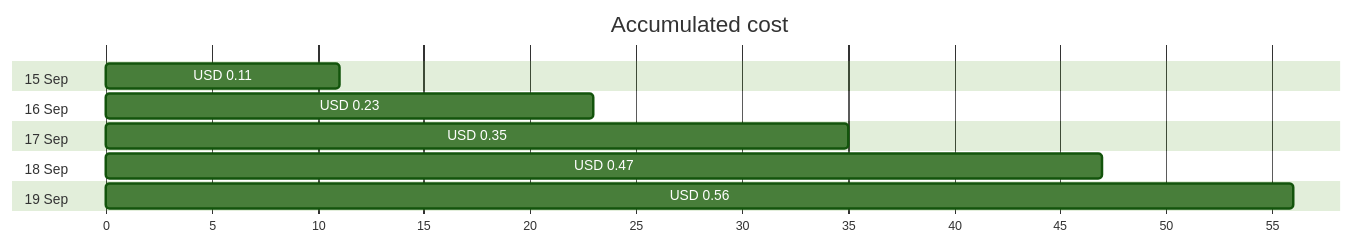
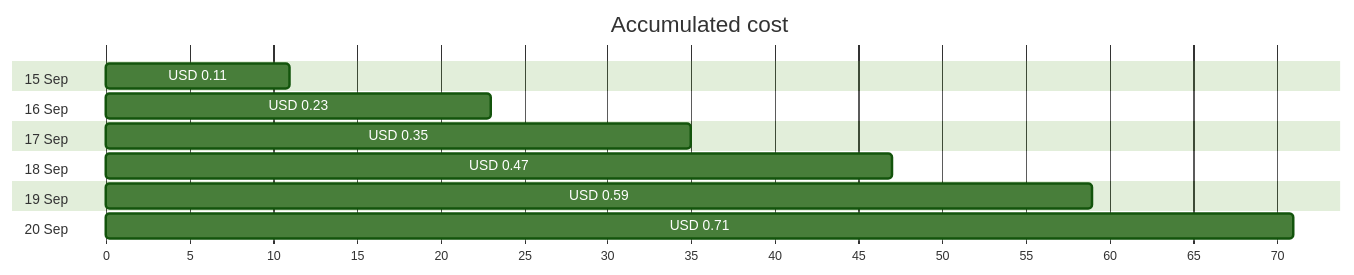
One commit to jpfulton/azure-personal-reports changed the first of 4 diagrams in cost-reports/personal-network/vpn-server-public-ip.md. Above: the diagram before and after it, drawn with Mermaid (forest theme). The commit also changed other lines of this file and 9 other files, not shown here.

````diff
--- a/cost-reports/personal-network/vpn-server-public-ip.md
+++ b/cost-reports/personal-network/vpn-server-public-ip.md
@@ -20,16 +20,18 @@
 ```mermaid
 gantt
    title Accumulated cost
    dateFormat  X
    axisFormat %s
    section 15 Sep
    USD 0.11 :0, 11
    section 16 Sep
    USD 0.23 :0, 23
    section 17 Sep
    USD 0.35 :0, 35
    section 18 Sep
    USD 0.47 :0, 47
    section 19 Sep
-   USD 0.56 :0, 56
+   USD 0.59 :0, 59
+   section 20 Sep
+   USD 0.71 :0, 71
 ```
````
